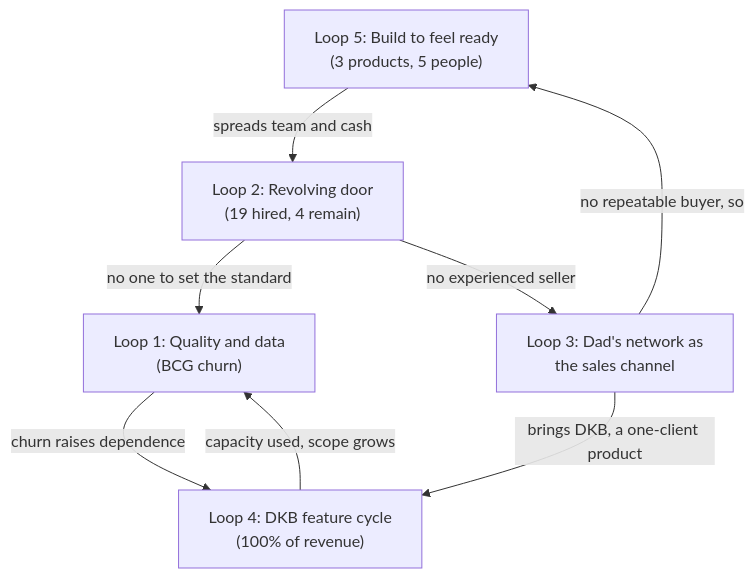
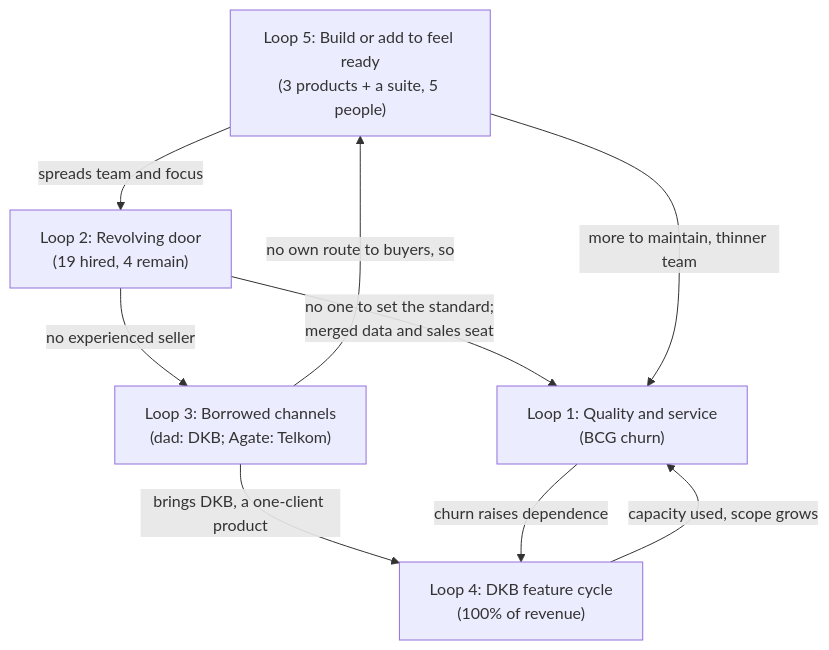
The diagram in outputs/10-DEUS-strategic-analysis.md (gregorykurnia/deus-evaluation), drawn with Mermaid before and after one commit. The commit also changed other lines of this file and 1 other file, not shown here.

Commit message:
5.4: Step 10 master report rerun from the revised 01-09; doc Data gaps and open questions section replaced

````diff
--- a/outputs/10-DEUS-strategic-analysis.md
+++ b/outputs/10-DEUS-strategic-analysis.md
@@ -160,10 +191,11 @@
 ```mermaid
 flowchart TB
-    L5["Loop 5: Build to feel ready<br/>(3 products, 5 people)"] -->|"spreads team and cash"| L2["Loop 2: Revolving door<br/>(19 hired, 4 remain)"]
-    L3["Loop 3: Dad's network as<br/>the sales channel"] -->|"brings DKB, a one-client product"| L4["Loop 4: DKB feature cycle<br/>(100% of revenue)"]
-    L3 -->|"no repeatable buyer, so"| L5
-    L4 -->|"capacity used, scope grows"| L1["Loop 1: Quality and data<br/>(BCG churn)"]
-    L2 -->|"no one to set the standard"| L1
+    L5["Loop 5: Build or add to feel ready<br/>(3 products + a suite, 5 people)"] -->|"spreads team and focus"| L2["Loop 2: Revolving door<br/>(19 hired, 4 remain)"]
+    L3["Loop 3: Borrowed channels<br/>(dad: DKB; Agate: Telkom)"] -->|"brings DKB, a one-client product"| L4["Loop 4: DKB feature cycle<br/>(100% of revenue)"]
+    L3 -->|"no own route to buyers, so"| L5
+    L4 -->|"capacity used, scope grows"| L1["Loop 1: Quality and service<br/>(BCG churn)"]
+    L2 -->|"no one to set the standard;<br/>merged data and sales seat"| L1
+    L5 -->|"more to maintain, thinner team"| L1
     L1 -->|"churn raises dependence"| L4
     L2 -->|"no experienced seller"| L3
 ```
````
